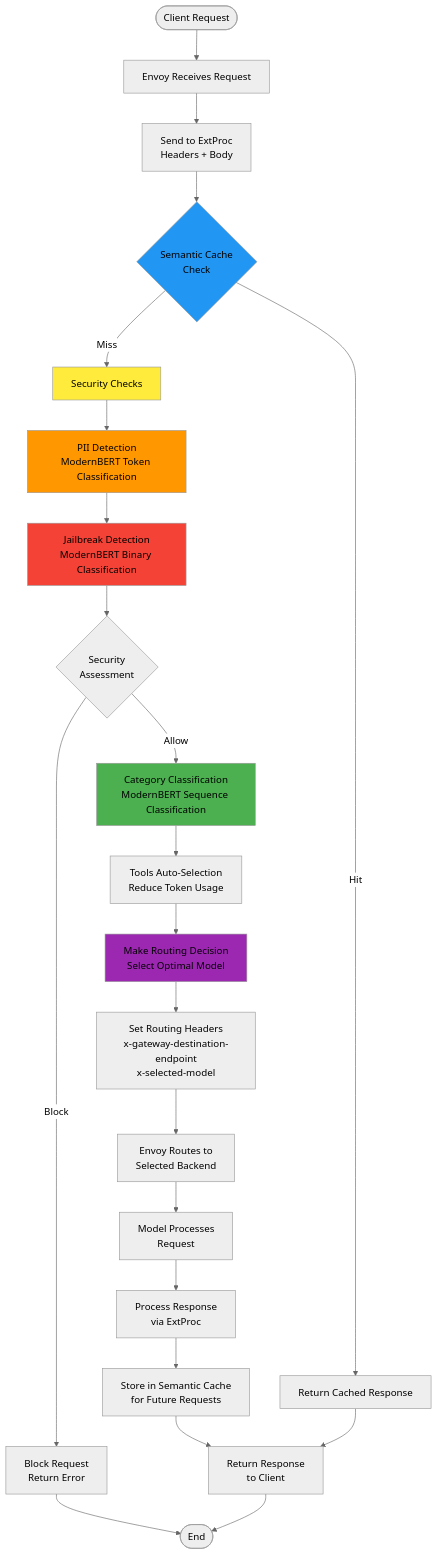
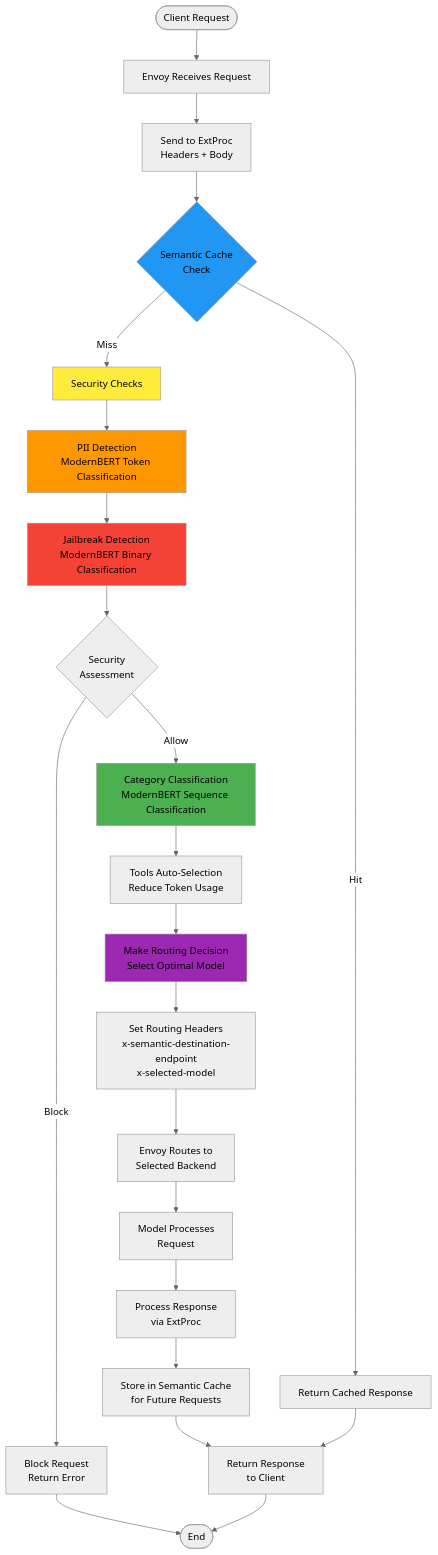
One commit to yuluo-yx/semantic-router changed the fourth of 6 diagrams in website/docs/architecture/system-architecture.md. Above: the diagram before and after it, drawn with Mermaid (neutral theme). The commit also changed 18 other files, not shown here.

````diff
--- a/website/docs/architecture/system-architecture.md
+++ b/website/docs/architecture/system-architecture.md
@@ -212,45 +212,45 @@
 ```mermaid
 graph TB
     Start([Client Request]) --> EnvoyReceive[Envoy Receives Request]
     
     EnvoyReceive --> ExtProcSend[Send to ExtProc<br/>Headers + Body]
     
     ExtProcSend --> CacheCheck{Semantic Cache<br/>Check}
     
     CacheCheck -->|Hit| CacheReturn[Return Cached Response]
     CacheCheck -->|Miss| SecurityCheck[Security Checks]
     
     SecurityCheck --> PIICheck[PII Detection<br/>ModernBERT Token Classification]
     PIICheck --> JailbreakCheck[Jailbreak Detection<br/>ModernBERT Binary Classification]
     
     JailbreakCheck --> SecurityDecision{Security<br/>Assessment}
     SecurityDecision -->|Block| BlockRequest[Block Request<br/>Return Error]
     SecurityDecision -->|Allow| CategoryClassification[Category Classification<br/>ModernBERT Sequence Classification]
     
     CategoryClassification --> ToolsSelection[Tools Auto-Selection<br/>Reduce Token Usage]
     
     ToolsSelection --> RoutingDecision[Make Routing Decision<br/>Select Optimal Model]
     
-    RoutingDecision --> SetHeaders[Set Routing Headers<br/>x-gateway-destination-endpoint<br/>x-selected-model]
+    RoutingDecision --> SetHeaders[Set Routing Headers<br/>x-semantic-destination-endpoint<br/>x-selected-model]
     
     SetHeaders --> EnvoyRoute[Envoy Routes to<br/>Selected Backend]
     
     EnvoyRoute --> ModelResponse[Model Processes<br/>Request]
     
     ModelResponse --> ResponseProcess[Process Response<br/>via ExtProc]
     
     ResponseProcess --> CacheStore[Store in Semantic Cache<br/>for Future Requests]
     
     CacheStore --> FinalResponse[Return Response<br/>to Client]
     
     CacheReturn --> FinalResponse
     BlockRequest --> End([End])
     FinalResponse --> End
     
     style SecurityCheck fill:#ffeb3b
     style PIICheck fill:#ff9800  
     style JailbreakCheck fill:#f44336
     style CategoryClassification fill:#4caf50
     style CacheCheck fill:#2196f3
     style RoutingDecision fill:#9c27b0
 ```
````
